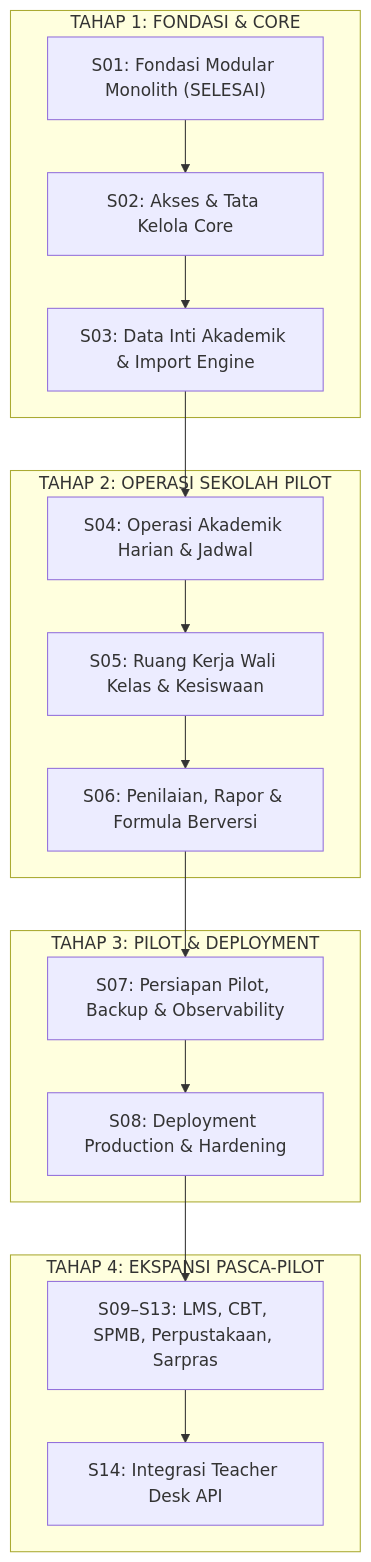
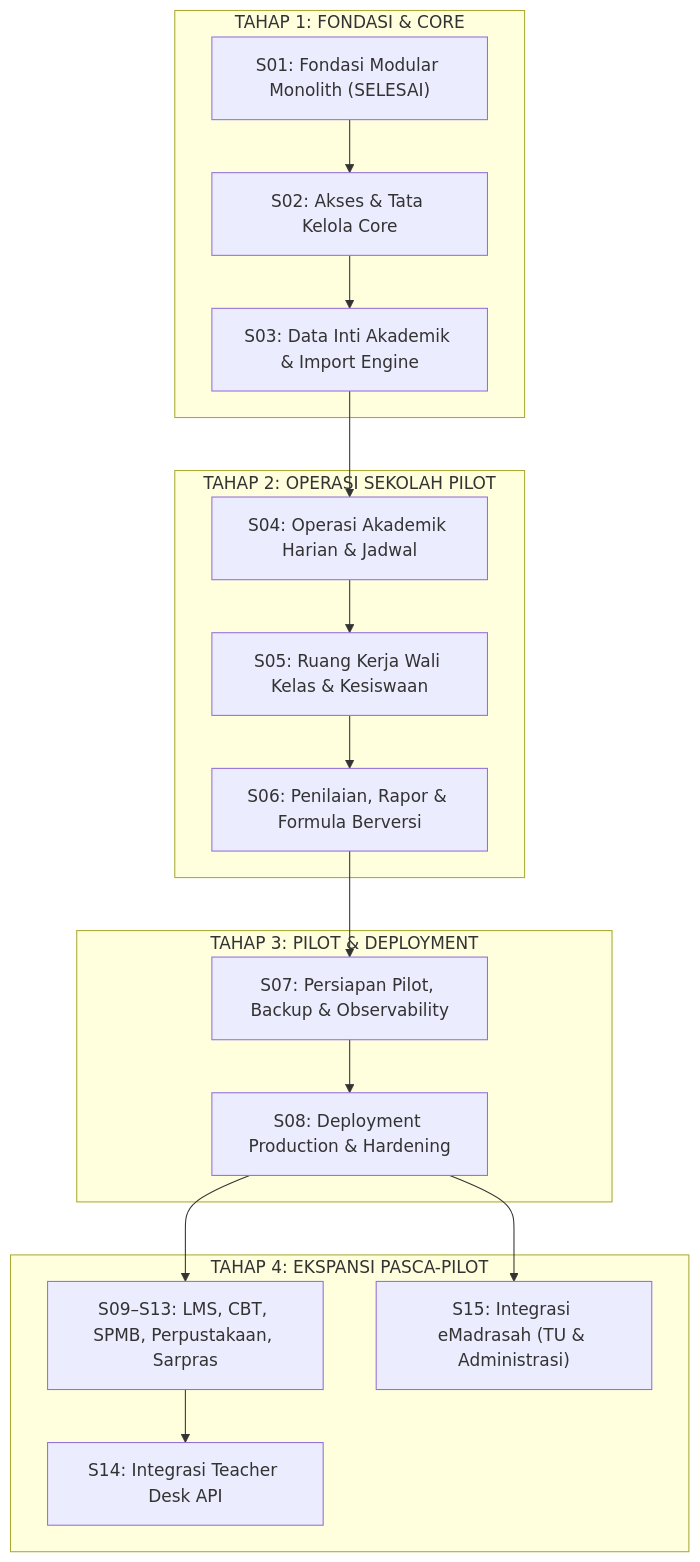
One commit to ilhamrizqiawan21/school_suite changed the diagram in docs/TODO.md. Above: the diagram before and after it, drawn with Mermaid. The commit also changed other lines of this file and 67 other files, not shown here.

````diff
--- a/docs/TODO.md
+++ b/docs/TODO.md
@@ -5,23 +5,24 @@
 ```mermaid
 flowchart TD
     subgraph FONDASI ["TAHAP 1: FONDASI & CORE"]
         S01["S01: Fondasi Modular Monolith (SELESAI)"] --> S02["S02: Akses & Tata Kelola Core"]
         S02 --> S03["S03: Data Inti Akademik & Import Engine"]
     end
 
     subgraph AKADEMIK ["TAHAP 2: OPERASI SEKOLAH PILOT"]
         S03 --> S04["S04: Operasi Akademik Harian & Jadwal"]
         S04 --> S05["S05: Ruang Kerja Wali Kelas & Kesiswaan"]
         S05 --> S06["S06: Penilaian, Rapor & Formula Berversi"]
     end
 
     subgraph PILOT_DEPLOY ["TAHAP 3: PILOT & DEPLOYMENT"]
         S06 --> S07["S07: Persiapan Pilot, Backup & Observability"]
         S07 --> S08["S08: Deployment Production & Hardening"]
     end
 
     subgraph EKSPANSI ["TAHAP 4: EKSPANSI PASCA-PILOT"]
         S08 --> S09["S09–S13: LMS, CBT, SPMB, Perpustakaan, Sarpras"]
         S09 --> S14["S14: Integrasi Teacher Desk API"]
+        S08 --> S15["S15: Integrasi eMadrasah (TU & Administrasi)"]
     end
 ```
````
